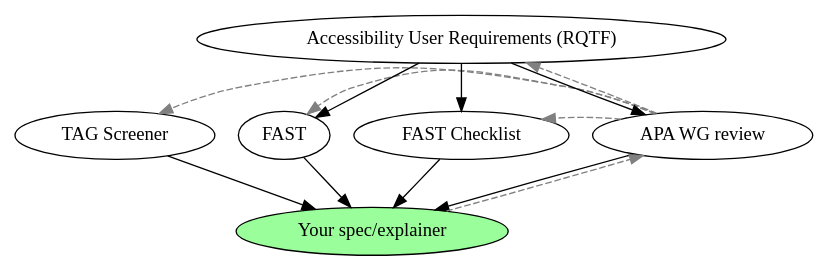
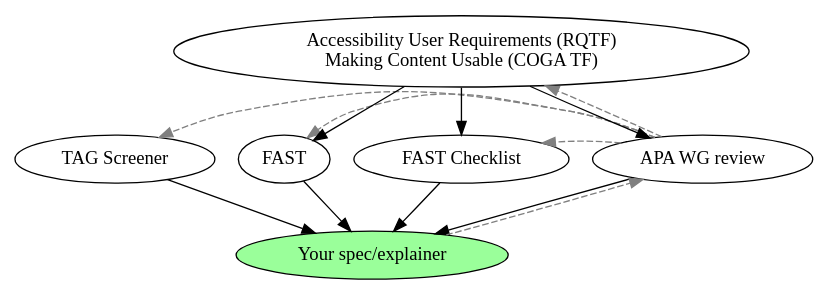
Before and after one commit to w3c/apa: the diagram in presentations/2025/TPAC/building-it-in/hr-feedback.dot, drawn with Graphviz. The commit also changed 4 other files, not shown here.

```diff
--- a/presentations/2025/TPAC/building-it-in/hr-feedback.dot
+++ b/presentations/2025/TPAC/building-it-in/hr-feedback.dot
@@ -1,35 +1,35 @@
 digraph B {
 	{
 		rank=same;
 
 		screener [label="TAG Screener"];
 		fast [label="FAST"];
 		checklist [label="FAST Checklist"];
 		apa [label="APA WG review"];
 
 		screener -> fast -> checklist -> apa [style=invis];
 	}
-	reqs [label="Accessibility User Requirements (RQTF)"];
+	reqs [label="Accessibility User Requirements (RQTF)\nMaking Content Usable (COGA TF)"];
 	spec [label="Your spec/explainer",style=filled,fillcolor=palegreen1];
 
 	reqs -> fast;
 	reqs -> checklist;
 	reqs -> apa;
 
 	screener -> spec;
 	fast -> spec;
 	checklist -> spec;
 
 	apa -> spec;
 
 	{
 		edge [style=dashed,constraint=false,color=grey];
 
 		spec -> apa;
 
 		apa -> reqs;
 		apa -> fast;
 		apa -> checklist;
 		apa -> screener;
 	}
 }
```
